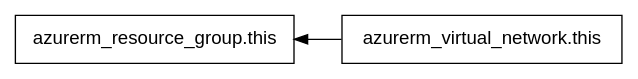
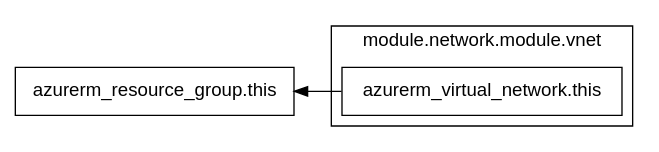
One commit to mconstant/NeuBankv2 changed the diagram in prod_infrastructure.dot. Above: the diagram before and after it, drawn with Graphviz. The commit also changed 1 other file, not shown here.

```diff
--- a/prod_infrastructure.dot
+++ b/prod_infrastructure.dot
@@ -1,7 +1,11 @@
 digraph G {
   rankdir = "RL";
   node [shape = rect, fontname = "sans-serif"];
   "azurerm_resource_group.this" [label="azurerm_resource_group.this"];
-  "azurerm_virtual_network.this" [label="azurerm_virtual_network.this"];
-  "azurerm_virtual_network.this" -> "azurerm_resource_group.this";
+  subgraph "cluster_module.network.module.vnet" {
+    label = "module.network.module.vnet"
+    fontname = "sans-serif"
+    "module.network.module.vnet.azurerm_virtual_network.this" [label="azurerm_virtual_network.this"];
+  }
+  "module.network.module.vnet.azurerm_virtual_network.this" -> "azurerm_resource_group.this";
 }
```
